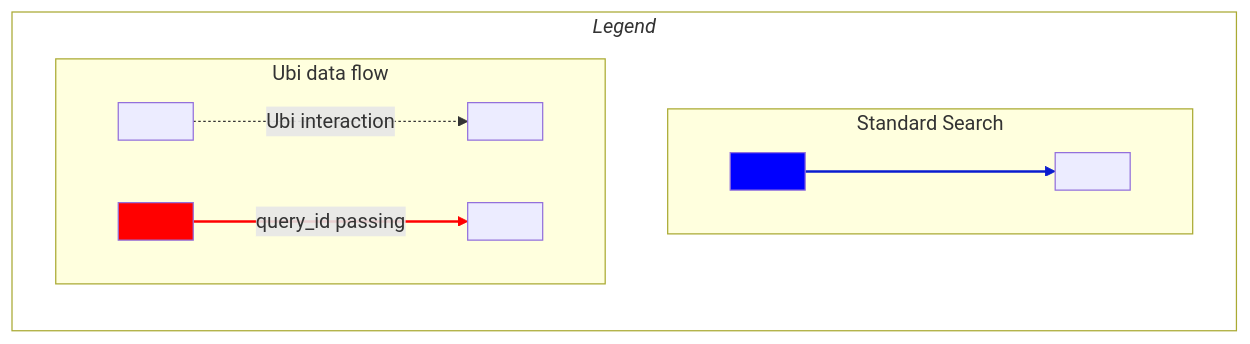
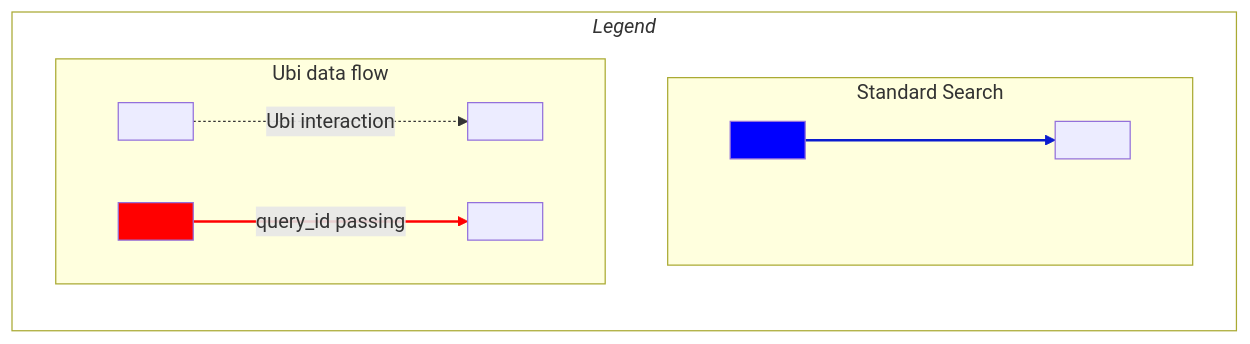
The first of 2 diagrams in documentation/schemas.md (o19s/opensearch-ubi), drawn with Mermaid before and after one commit.

````diff
--- a/documentation/schemas.md
+++ b/documentation/schemas.md
@@ -12,20 +12,23 @@
 ```mermaid
 graph LR
 style L fill:none
 subgraph L["`*Legend*`"]
-    subgraph ss[Standard Search]
+    style ss height:150px
+    subgraph ss["Standard Search"]
       direction LR
+        
       style ln1a fill:blue
       ln1a[ ]--->ln1b[ ];
     end
     subgraph Ubi data flow
       direction LR
+      
       ln2a[ ].->|Ubi interaction|ln2b[ ];
       style ln1c fill:red
       ln1c[ ]-->|query_id passing|ln1d[ ];
     end
 end
 linkStyle 0 stroke-width:2px,stroke:#0A1CCF
 linkStyle 2 stroke-width:2px,stroke:red
 
 ```
````
